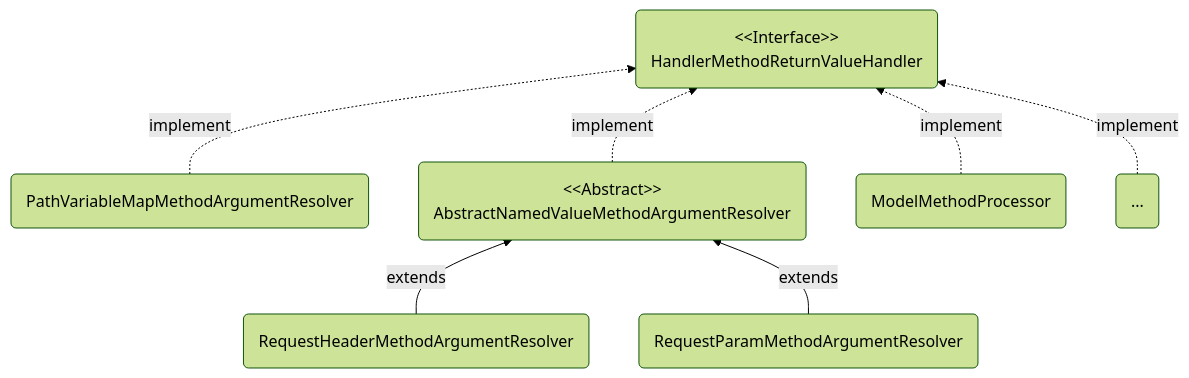
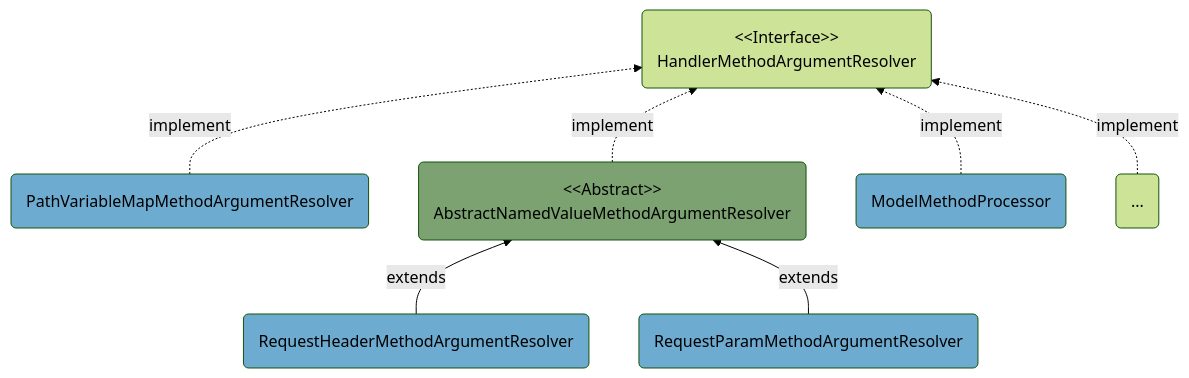
Before and after one commit to domeniczz/learnJavaDev: the eighth of 38 diagrams in DevTech/Spring.md, drawn with Mermaid (forest theme). The commit also changed other lines of this file and 4 other files, not shown here.

````diff
--- a/DevTech/Spring.md
+++ b/DevTech/Spring.md
@@ -5895,8 +6130,10 @@
 ```mermaid
 flowchart BT
-  A("PathVariableMapMethodArgumentResolver") -."implement".-> I("&lt;&lt;Interface&gt;&gt;<br/>HandlerMethodReturnValueHandler")
-  C("RequestHeaderMethodArgumentResolver") --"extends"--> B("&lt;&lt;Abstract&gt;&gt;<br/>AbstractNamedValueMethodArgumentResolver") -."implement".-> I
-  D("RequestParamMethodArgumentResolver") --"extends"--> B
-  E("ModelMethodProcessor") -."implement".-> I
+  A("PathVariableMapMethodArgumentResolver"):::sclass -."implement".-> I("&lt;&lt;Interface&gt;&gt;<br/>HandlerMethodArgumentResolver")
+  C("RequestHeaderMethodArgumentResolver"):::sclass --"extends"--> B("&lt;&lt;Abstract&gt;&gt;<br/>AbstractNamedValueMethodArgumentResolver"):::aclass -."implement".-> I
+  D("RequestParamMethodArgumentResolver"):::sclass --"extends"--> B
+  E("ModelMethodProcessor"):::sclass -."implement".-> I
   F("...") -."implement".-> I
+  classDef sclass fill:#6eabd0;
+  classDef aclass fill:#7BA270;
 ```
````
